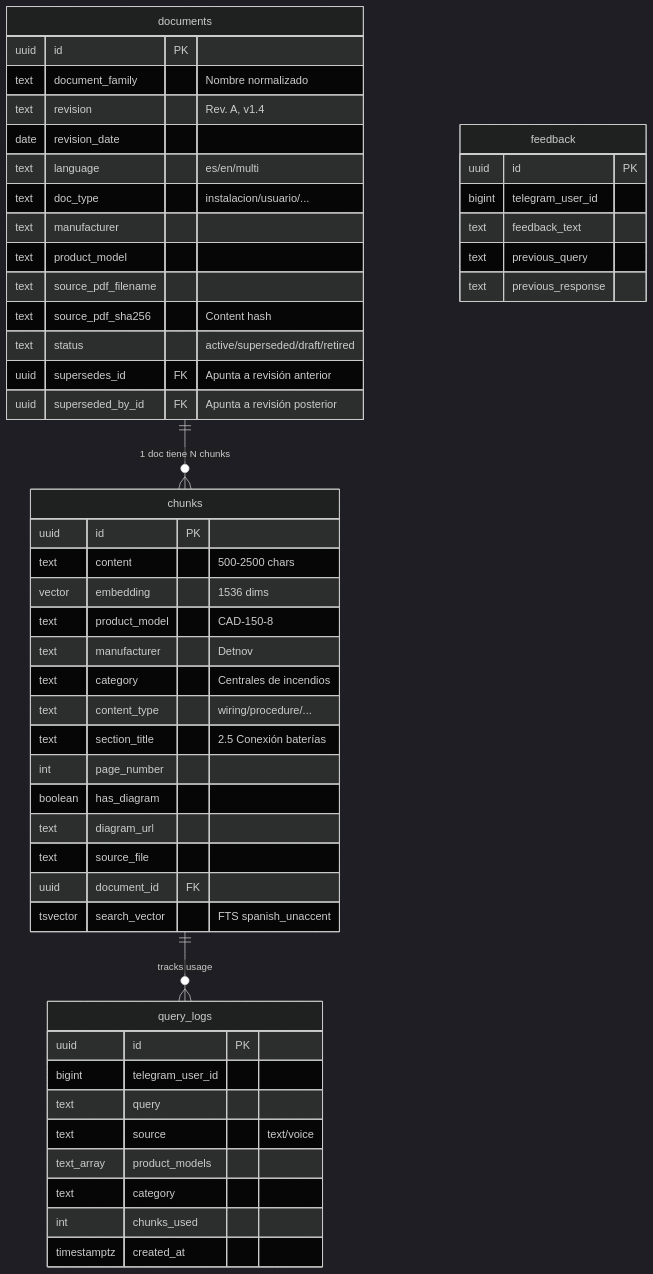
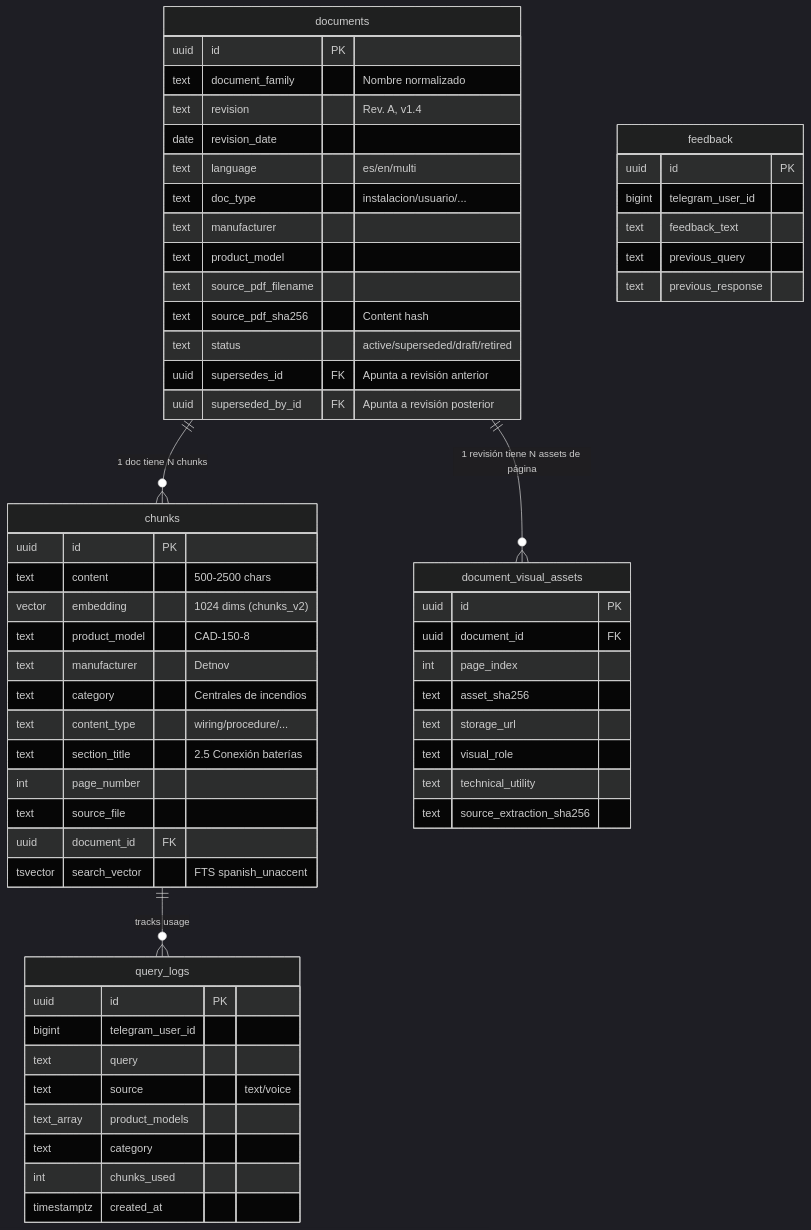
One commit to albertofontiber/technical_bot changed the eighth of 8 diagrams in docs/ARCHITECTURE.md. Above: the diagram before and after it, drawn with Mermaid (dark theme). The commit also changed other lines of this file and 61 other files, not shown here.

````diff
--- a/docs/ARCHITECTURE.md
+++ b/docs/ARCHITECTURE.md
@@ -700,53 +741,62 @@
 ```mermaid
 erDiagram
     documents ||--o{ chunks : "1 doc tiene N chunks"
     documents {
         uuid id PK
         text document_family "Nombre normalizado"
         text revision "Rev. A, v1.4"
         date revision_date
         text language "es/en/multi"
         text doc_type "instalacion/usuario/..."
         text manufacturer
         text product_model
         text source_pdf_filename
         text source_pdf_sha256 "Content hash"
         text status "active/superseded/draft/retired"
         uuid supersedes_id FK "Apunta a revisión anterior"
         uuid superseded_by_id FK "Apunta a revisión posterior"
     }
     chunks {
         uuid id PK
         text content "500-2500 chars"
-        vector embedding "1536 dims"
+        vector embedding "1024 dims (chunks_v2)"
         text product_model "CAD-150-8"
         text manufacturer "Detnov"
         text category "Centrales de incendios"
         text content_type "wiring/procedure/..."
         text section_title "2.5 Conexión baterías"
         int page_number
-        boolean has_diagram
-        text diagram_url
         text source_file
         uuid document_id FK
         tsvector search_vector "FTS spanish_unaccent"
+    }
+    documents ||--o{ document_visual_assets : "1 revisión tiene N assets de página"
+    document_visual_assets {
+        uuid id PK
+        uuid document_id FK
+        int page_index
+        text asset_sha256
+        text storage_url
+        text visual_role
+        text technical_utility
+        text source_extraction_sha256
     }
     chunks ||--o{ query_logs : "tracks usage"
     query_logs {
         uuid id PK
         bigint telegram_user_id
         text query
         text source "text/voice"
         text_array product_models
         text category
         int chunks_used
         timestamptz created_at
     }
     feedback {
         uuid id PK
         bigint telegram_user_id
         text feedback_text
         text previous_query
         text previous_response
     }
 ```
````
